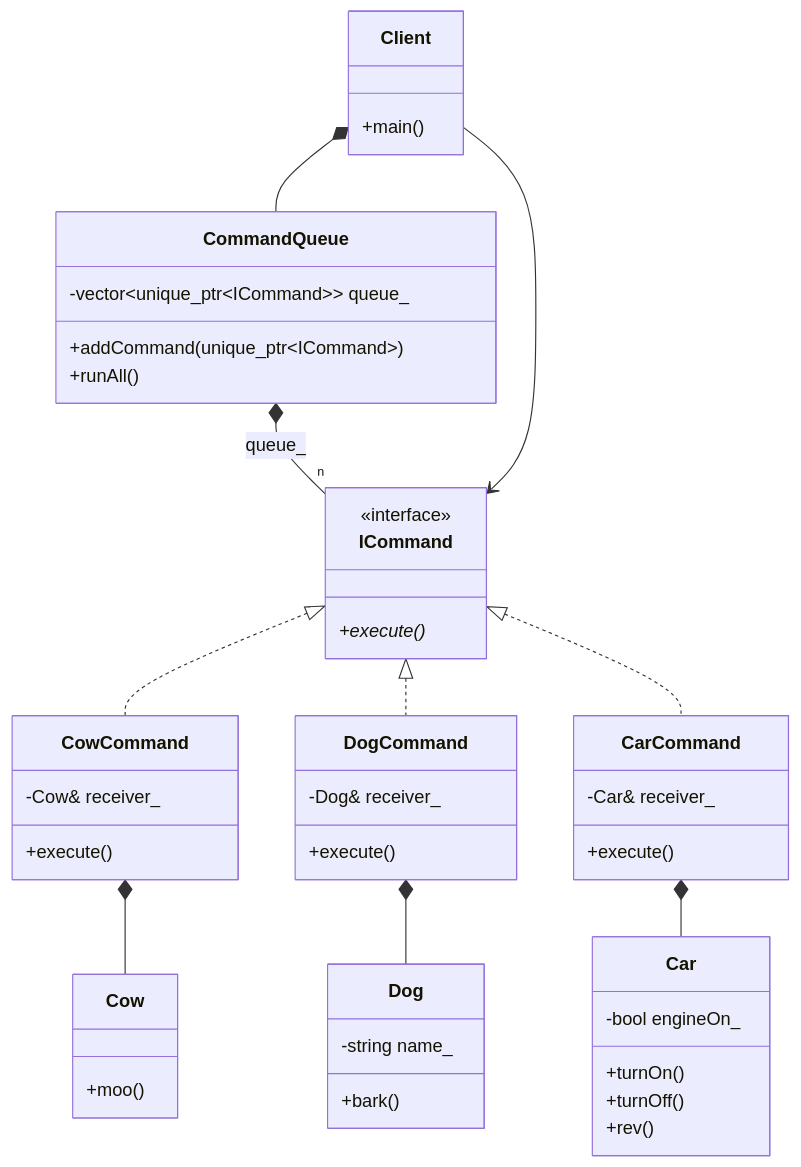
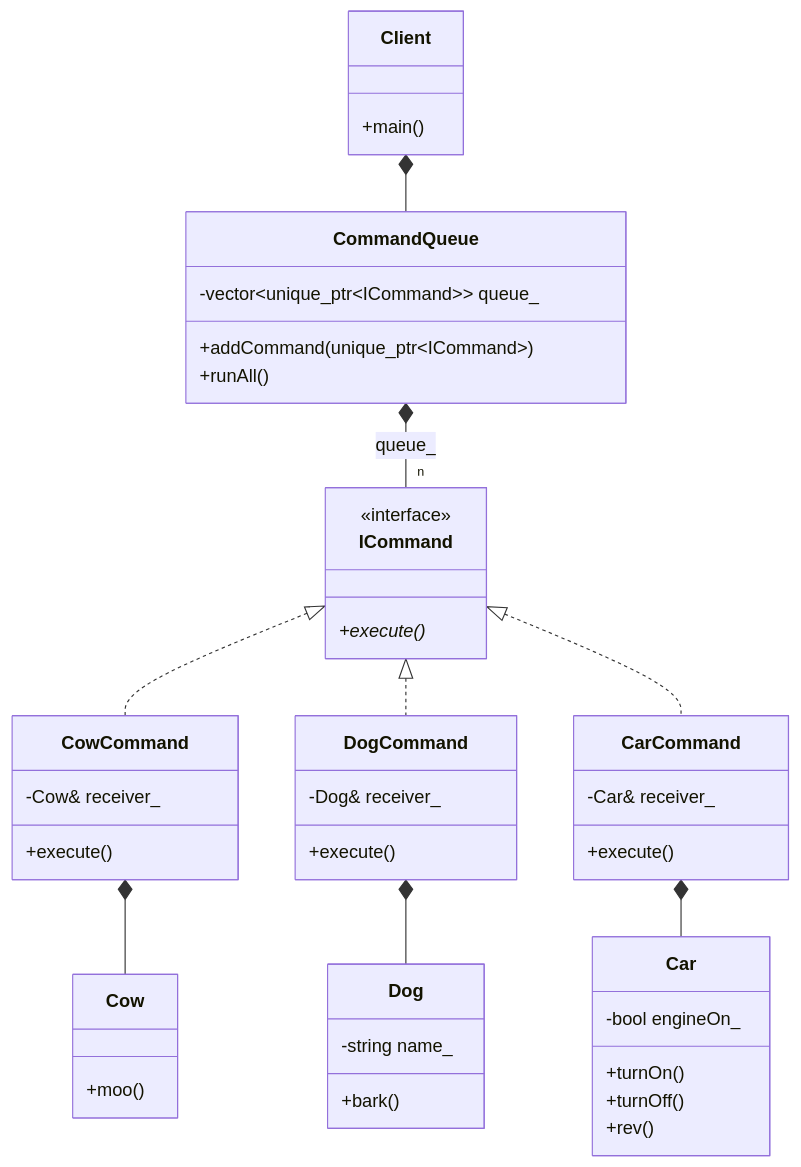
The diagram in 19_Command/01_Command_GoF/README.md (Cichlidfishexigency721/Modern-CPP-Design-Patterns), drawn with Mermaid before and after one commit. The commit also changed 1 other file, not shown here.

Commit message:
UML improvement

````diff
--- a/19_Command/01_Command_GoF/README.md
+++ b/19_Command/01_Command_GoF/README.md
@@ -22,66 +22,65 @@
 ```mermaid
 classDiagram
    class ICommand {
       <<interface>>
       +execute()*
    }
 
    class CowCommand {
       -Cow& receiver_
       +execute()
    }
 
    class DogCommand {
       -Dog& receiver_
       +execute()
    }
 
    class CarCommand {
       -Car& receiver_
       +execute()
    }
 
    class Cow {
       +moo()
    }
 
    class Dog {
       -string name_
       +bark()
    }
 
    class Car {
       -bool engineOn_
       +turnOn()
       +turnOff()
       +rev()
    }
 
    class CommandQueue {
       -vector~unique_ptr~ICommand~~ queue_
       +addCommand(unique_ptr~ICommand~)
       +runAll()
    }
 
    class Client {
       +main()
    }
 
    %% Inheritance (Implements)
    ICommand <|.. CowCommand
    ICommand <|.. DogCommand
    ICommand <|.. CarCommand
 
    %% The CommandQueue owns the commands
    %% Composition (Has_a) - Multiplicity "n" at the end
    CommandQueue *-- "n" ICommand : queue_
 
    %% Commands depend on their Receivers to do the work
    CowCommand *-- Cow
    DogCommand *-- Dog
    CarCommand *-- Car
 
    %% Client orchestrates everything
    Client *-- CommandQueue
-   Client --> ICommand
 ```
````
